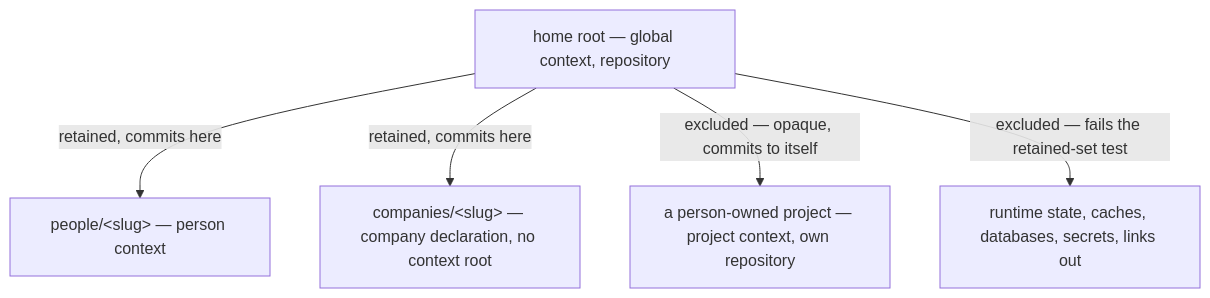
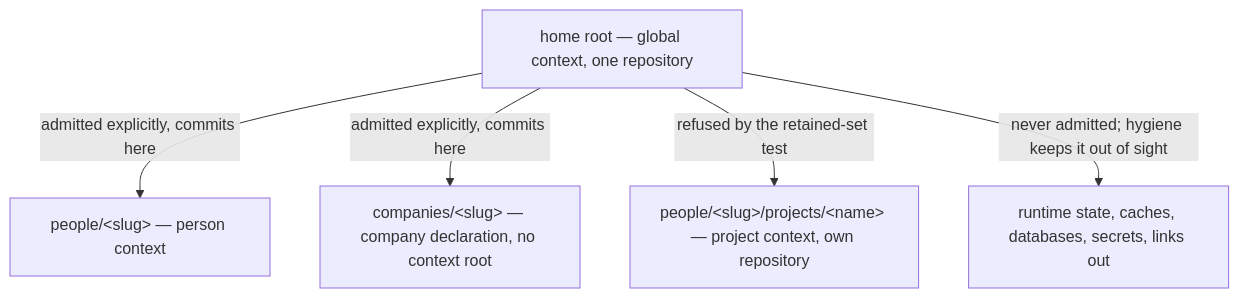
One commit to InstruktAI/TeleClaude changed the diagram in docs/project/design/architecture/home-repository.md. Above: the diagram before and after it, drawn with Mermaid. The commit also changed other lines of this file, not shown here.

````diff
--- a/docs/project/design/architecture/home-repository.md
+++ b/docs/project/design/architecture/home-repository.md
@@ -55,13 +204,13 @@
 ```mermaid
 flowchart TD
-    H["home root — global context, repository"]
+    H["home root — global context, one repository"]
     P["people/&lt;slug&gt; — person context"]
     C["companies/&lt;slug&gt; — company declaration, no context root"]
-    PR["a person-owned project — project context, own repository"]
+    PR["people/&lt;slug&gt;/projects/&lt;name&gt; — project context, own repository"]
     X["runtime state, caches, databases, secrets, links out"]
 
-    H -->|"retained, commits here"| P
-    H -->|"retained, commits here"| C
-    H -->|"excluded — opaque, commits to itself"| PR
-    H -->|"excluded — fails the retained-set test"| X
+    H -->|"admitted explicitly, commits here"| P
+    H -->|"admitted explicitly, commits here"| C
+    H -->|"refused by the retained-set test"| PR
+    H -->|"never admitted; hygiene keeps it out of sight"| X
 ```
````
